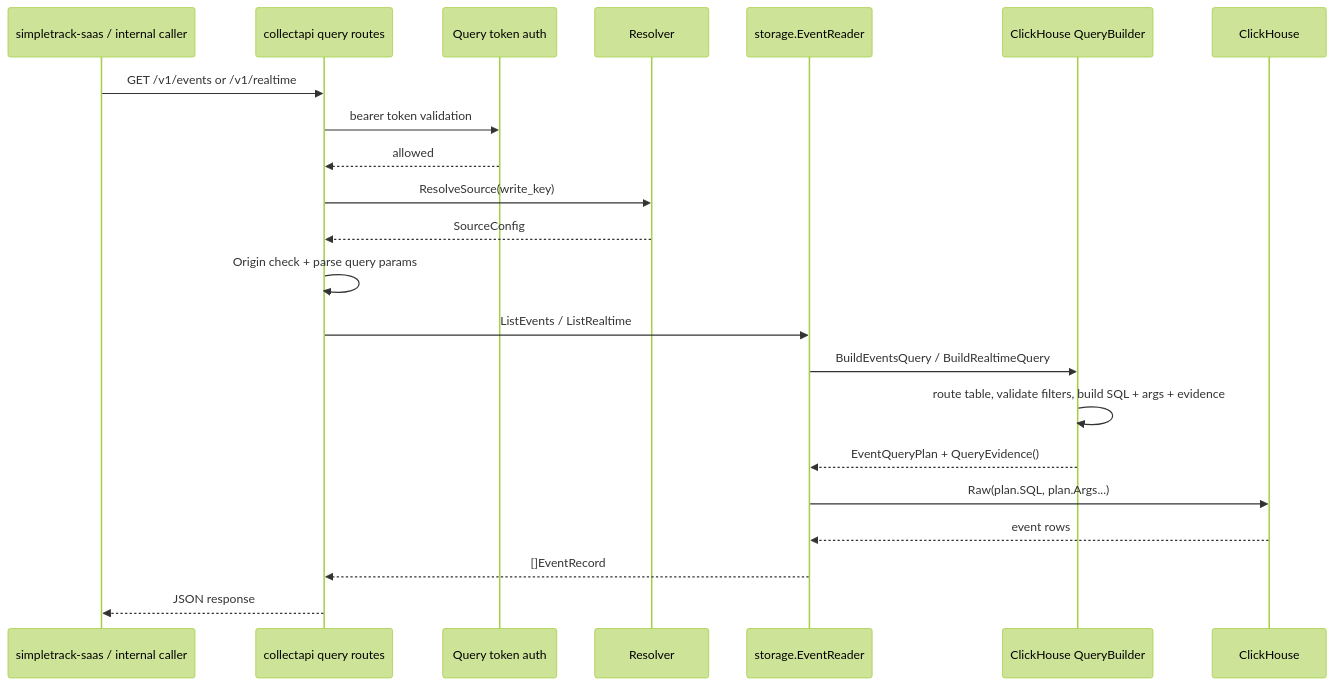
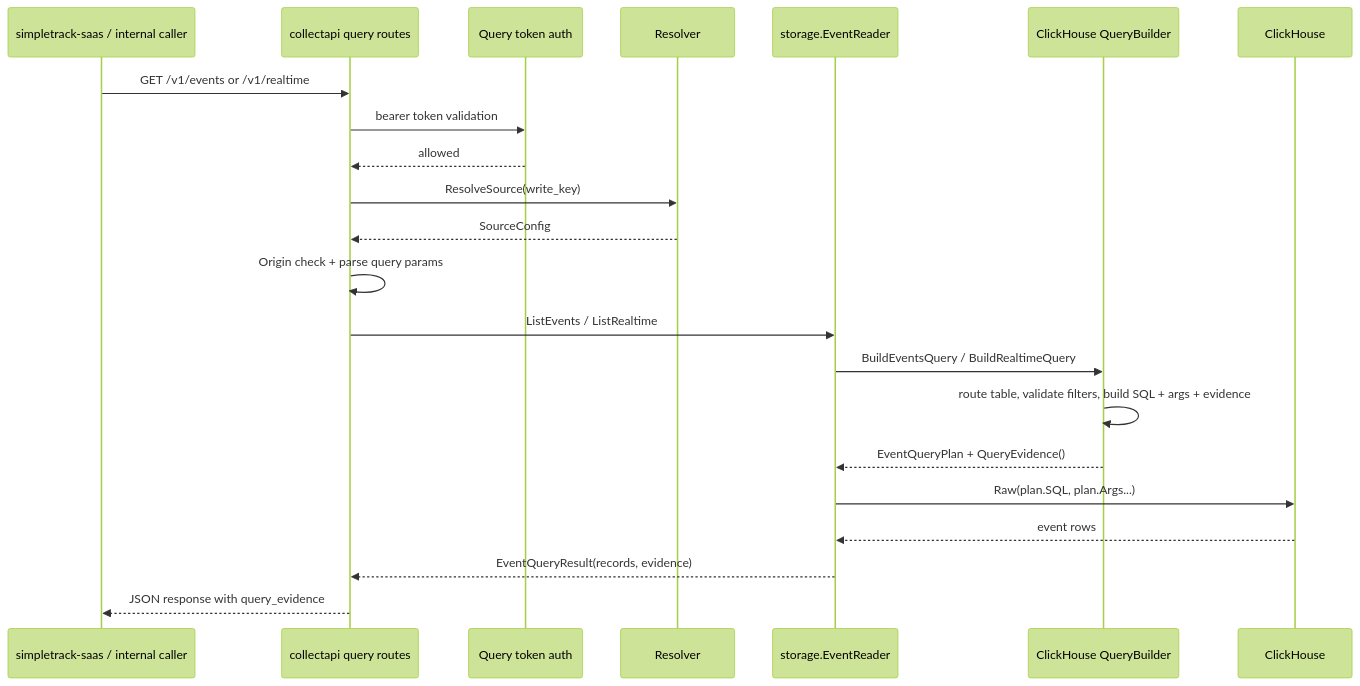
The fifth of 5 diagrams in docs/analytics-source-reading/data-flow-analysis.md (RoggerZ/uba), drawn with Mermaid (forest theme) before and after one commit. The commit also changed other lines of this file and 1 other file, not shown here.

First line of the commit message:
Align readback source notes with query evidence

````diff
--- a/docs/analytics-source-reading/data-flow-analysis.md
+++ b/docs/analytics-source-reading/data-flow-analysis.md
@@ -390,25 +390,25 @@
 ```mermaid
 sequenceDiagram
     participant SaaS as simpletrack-saas / internal caller
     participant API as collectapi query routes
     participant Auth as Query token auth
     participant CP as Resolver
     participant Reader as storage.EventReader
     participant Builder as ClickHouse QueryBuilder
     participant CH as ClickHouse
 
     SaaS->>API: GET /v1/events or /v1/realtime
     API->>Auth: bearer token validation
     Auth-->>API: allowed
     API->>CP: ResolveSource(write_key)
     CP-->>API: SourceConfig
     API->>API: Origin check + parse query params
     API->>Reader: ListEvents / ListRealtime
     Reader->>Builder: BuildEventsQuery / BuildRealtimeQuery
     Builder->>Builder: route table, validate filters, build SQL + args + evidence
     Builder-->>Reader: EventQueryPlan + QueryEvidence()
     Reader->>CH: Raw(plan.SQL, plan.Args...)
     CH-->>Reader: event rows
-    Reader-->>API: []EventRecord
-    API-->>SaaS: JSON response
+    Reader-->>API: EventQueryResult(records, evidence)
+    API-->>SaaS: JSON response with query_evidence
 ```
````
